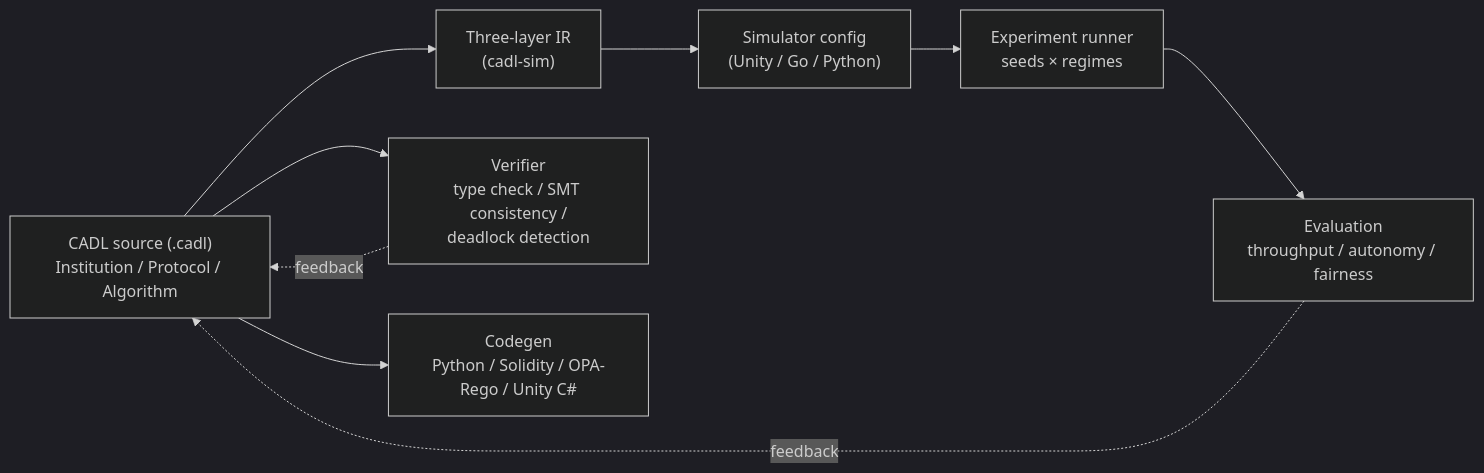
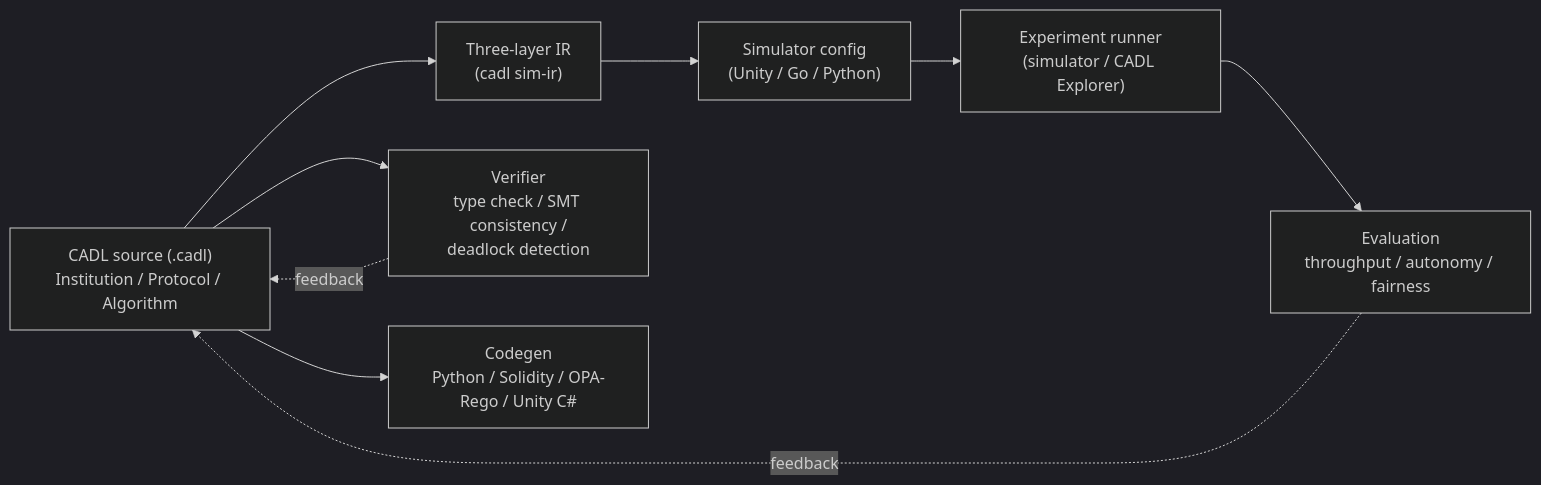
The diagram in docs/spec/intro.md (ertlnagoya/cadl-spec), drawn with Mermaid (dark theme) before and after one commit. The commit also changed other lines of this file and 39 other files, not shown here.

````diff
--- a/docs/spec/intro.md
+++ b/docs/spec/intro.md
@@ -30,19 +32,19 @@
 ```mermaid
 flowchart LR
     SRC["CADL source (.cadl)<br/>Institution / Protocol / Algorithm"]
-    IR["Three-layer IR<br/>(cadl-sim)"]
+    IR["Three-layer IR<br/>(cadl sim-ir)"]
     VER["Verifier<br/>type check / SMT consistency /<br/>deadlock detection"]
     CFG["Simulator config<br/>(Unity / Go / Python)"]
     CODE["Codegen<br/>Python / Solidity / OPA-Rego / Unity C#"]
-    EXP["Experiment runner<br/>seeds × regimes"]
+    EXP["Experiment runner<br/>(simulator / CADL Explorer)"]
     EVAL["Evaluation<br/>throughput / autonomy / fairness"]
 
     SRC --> VER
     SRC --> CODE
     SRC --> IR
     IR --> CFG
     CFG --> EXP
     EXP --> EVAL
     VER -. feedback .-> SRC
     EVAL -. feedback .-> SRC
 ```
````
